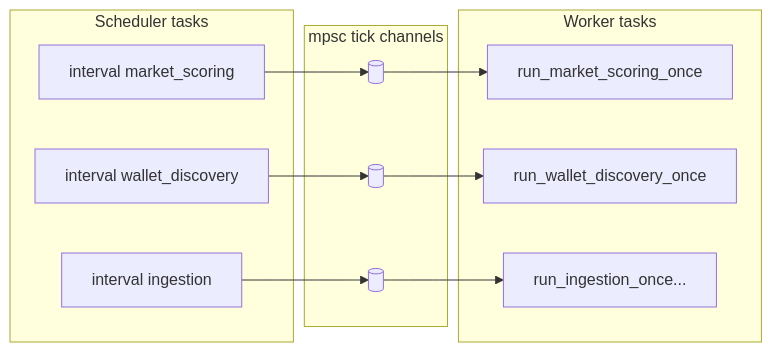
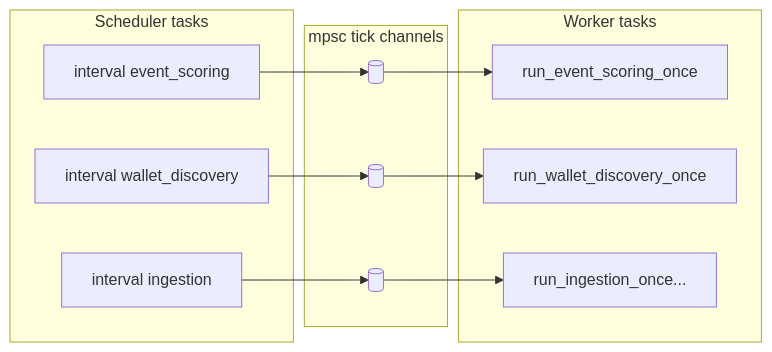
Before and after one commit to KSonny4/trader_evaluator: the first of 2 diagrams in docs/ARCHITECTURE.md, drawn with Mermaid. The commit also changed other lines of this file and 40 other files, not shown here.

````diff
--- a/docs/ARCHITECTURE.md
+++ b/docs/ARCHITECTURE.md
@@ -40,21 +40,21 @@
 ```mermaid
 flowchart LR
   subgraph scheduler [Scheduler tasks]
-    T1[interval market_scoring]
+    T1[interval event_scoring]
     T2[interval wallet_discovery]
     T3[interval ingestion]
   end
   subgraph channels [mpsc tick channels]
     C1[( )]
     C2[( )]
     C3[( )]
   end
   subgraph workers [Worker tasks]
-    W1[run_market_scoring_once]
+    W1[run_event_scoring_once]
     W2[run_wallet_discovery_once]
     W3[run_ingestion_once...]
   end
   T1 --> C1 --> W1
   T2 --> C2 --> W2
   T3 --> C3 --> W3
 ```
````
